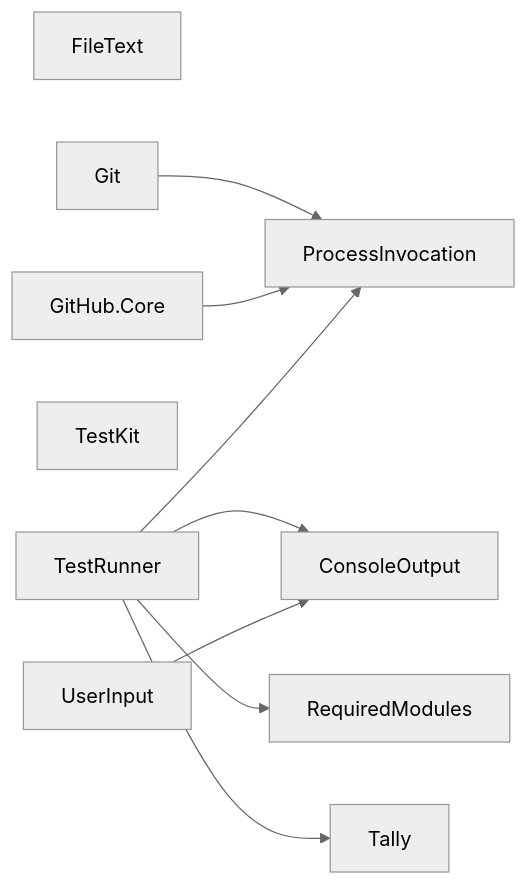
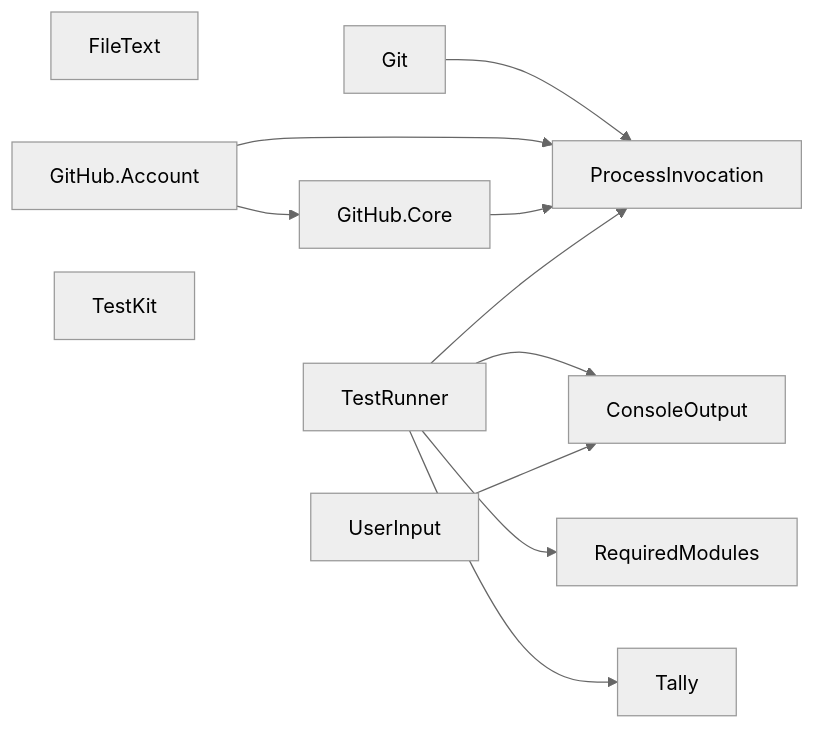
The diagram in README.md (TaffarelJr/powershell-modules), drawn with Mermaid (neutral theme) before and after one commit. The commit also changed other lines of this file and 14 other files, not shown here.

First line of the commit message:
feat: add the TaffarelJr.GitHub.Account module

````diff
--- a/README.md
+++ b/README.md
@@ -33,21 +34,24 @@
 ```mermaid
 graph LR
     ConsoleOutput["ConsoleOutput"]
     FileText["FileText"]
     Git["Git"]
+    GitHubAccount["GitHub.Account"]
     GitHubCore["GitHub.Core"]
     ProcessInvocation["ProcessInvocation"]
     RequiredModules["RequiredModules"]
     Tally["Tally"]
     TestKit["TestKit"]
     TestRunner["TestRunner"]
     UserInput["UserInput"]
 
     Git --> ProcessInvocation
+    GitHubAccount --> GitHubCore
+    GitHubAccount --> ProcessInvocation
     GitHubCore --> ProcessInvocation
     TestRunner --> ConsoleOutput
     TestRunner --> ProcessInvocation
     TestRunner --> RequiredModules
     TestRunner --> Tally
     UserInput --> ConsoleOutput
 ```
````
